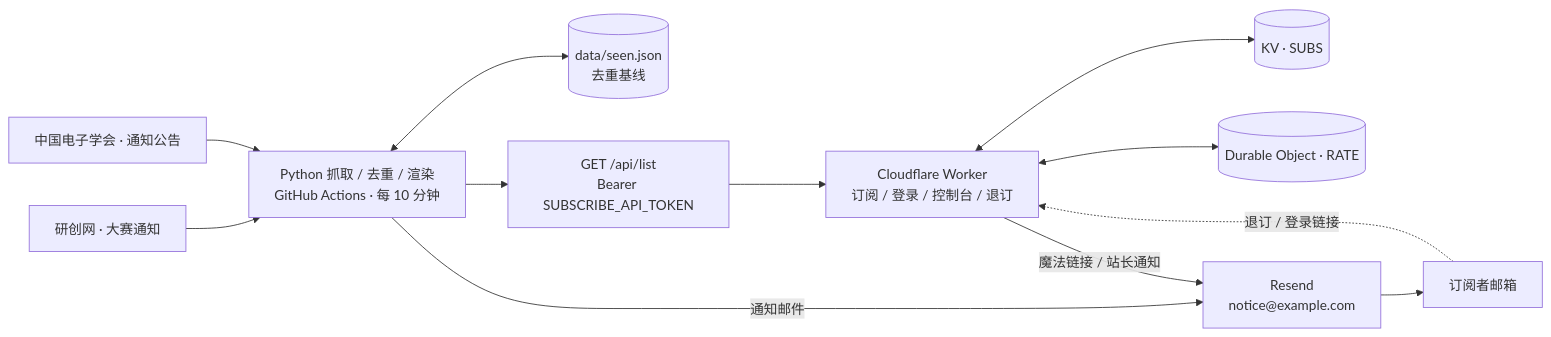
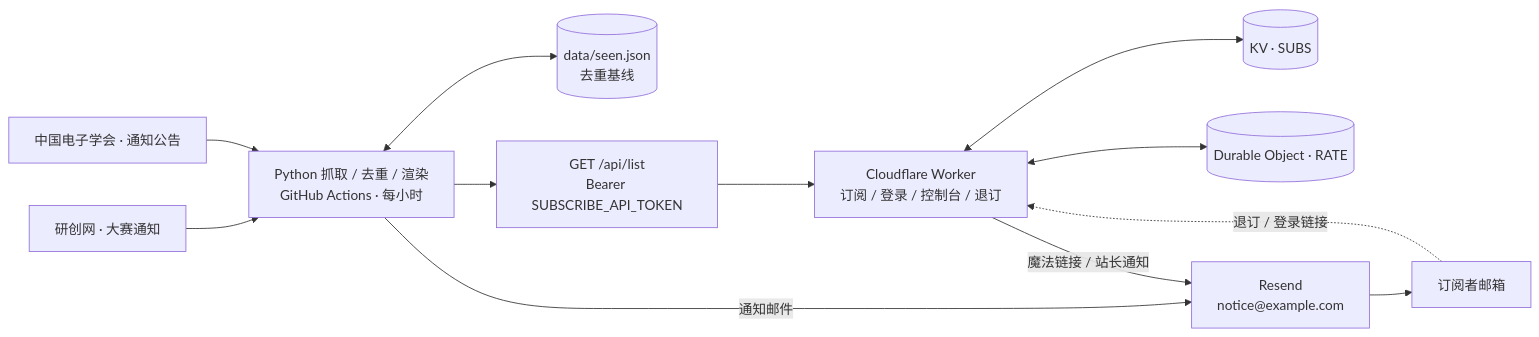
One commit to ikaraseay/yds-notifier changed the diagram in README.md. Above: the diagram before and after it, drawn with Mermaid. The commit also changed other lines of this file and 7 other files, not shown here.

````diff
--- a/README.md
+++ b/README.md
@@ -129,24 +129,24 @@
 ```mermaid
 flowchart LR
     S1["研创网 · 大赛通知"]
     S2["中国电子学会 · 通知公告"]
-    P["Python 抓取 / 去重 / 渲染<br/>GitHub Actions · 每 10 分钟"]
+    P["Python 抓取 / 去重 / 渲染<br/>GitHub Actions · 每小时"]
     DB[("data/seen.json<br/>去重基线")]
     API["GET /api/list<br/>Bearer SUBSCRIBE_API_TOKEN"]
     W["Cloudflare Worker<br/>订阅 / 登录 / 控制台 / 退订"]
     KV[("KV · SUBS")]
     DO[("Durable Object · RATE")]
     R["Resend<br/>notice@example.com"]
     U["订阅者邮箱"]
 
     S1 --> P
     S2 --> P
     P <--> DB
     P --> API --> W
     W <--> KV
     W <--> DO
     P -->|通知邮件| R
     W -->|魔法链接 / 站长通知| R
     R --> U
     U -.->|退订 / 登录链接| W
 ```
````
